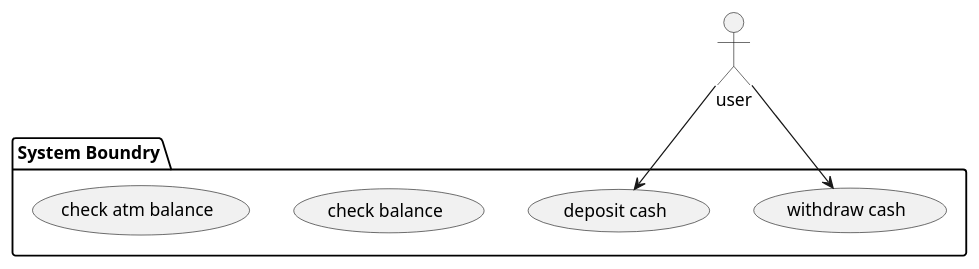
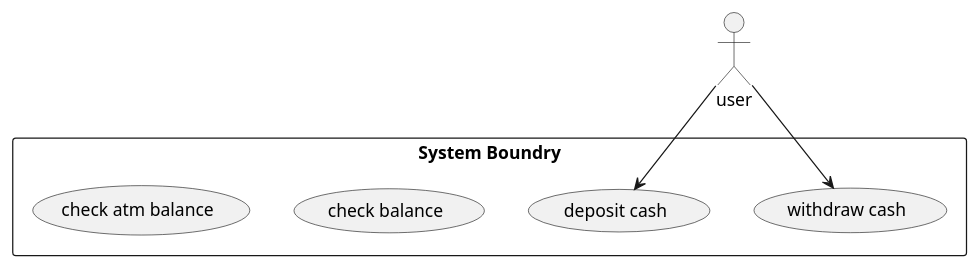
The diagram in test_use_case.puml (leath-dub/puml), drawn with PlantUML before and after one commit.

Commit message:
auto-commit: added/modified test_use_case.puml

```diff
--- a/test_use_case.puml
+++ b/test_use_case.puml
@@ -1,12 +1,12 @@
 @startuml
 
-package "System Boundry" {
+rectangle "System Boundry" {
     usecase (withdraw cash) as UC1
     usecase (deposit cash) as UC2
     usecase (check balance)
     usecase (check atm balance)
 }
 :user: --> UC1
 :user: --> UC2
 
 @enduml
```
